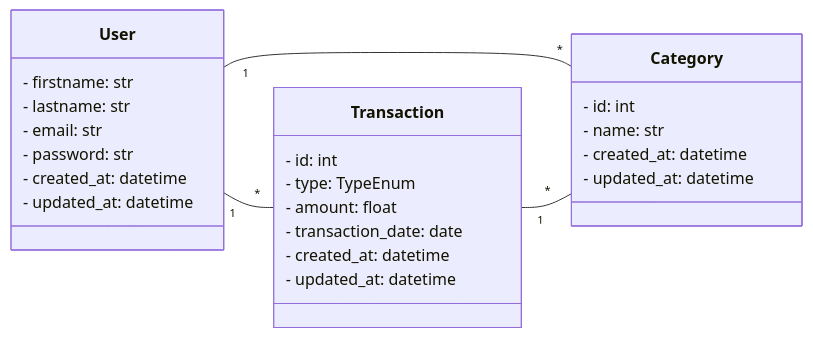
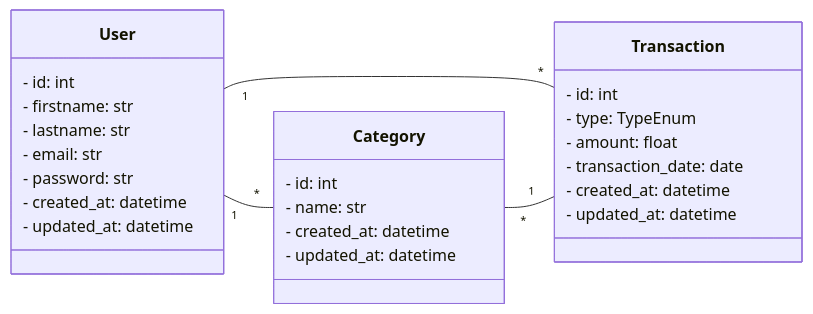
One commit to rubensrabelo/gestao_financeira changed the diagram in backend/README.md. Above: the diagram before and after it, drawn with Mermaid.

Commit message:
docs(readme): update README with revised class diagram

````diff
--- a/backend/README.md
+++ b/backend/README.md
@@ -1,34 +1,35 @@
 ```mermaid
 classDiagram
   direction LR
   class User {
+    - id: int
     - firstname: str
     - lastname: str
     - email: str
     - password: str
     - created_at: datetime
     - updated_at: datetime
   }
 
   class Transaction {
     - id: int
     - type: TypeEnum
     - amount: float
     - transaction_date: date
     - created_at: datetime
     - updated_at: datetime
   }
 
   class Category {
     - id: int
     - name: str
     - created_at: datetime
     - updated_at: datetime
   }
 
 
   
   User "1" -- "*" Transaction
   User "1" -- "*" Category
-  Transaction "1" -- "*" Category
+  Category "*" -- "1" Transaction
 ```
````
